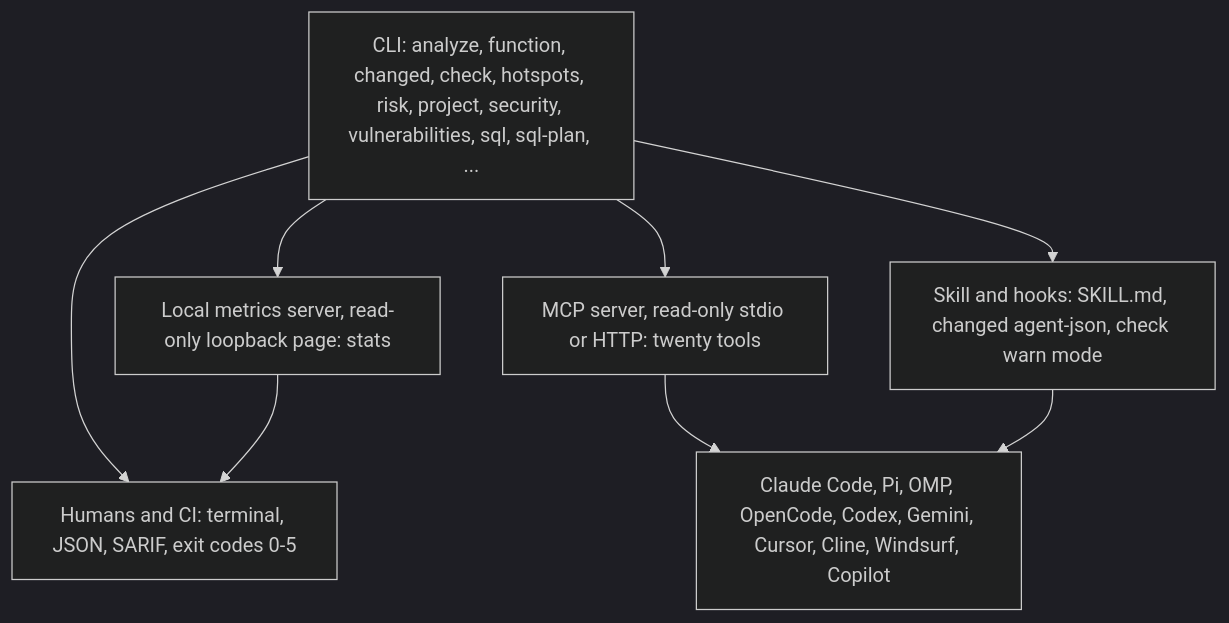
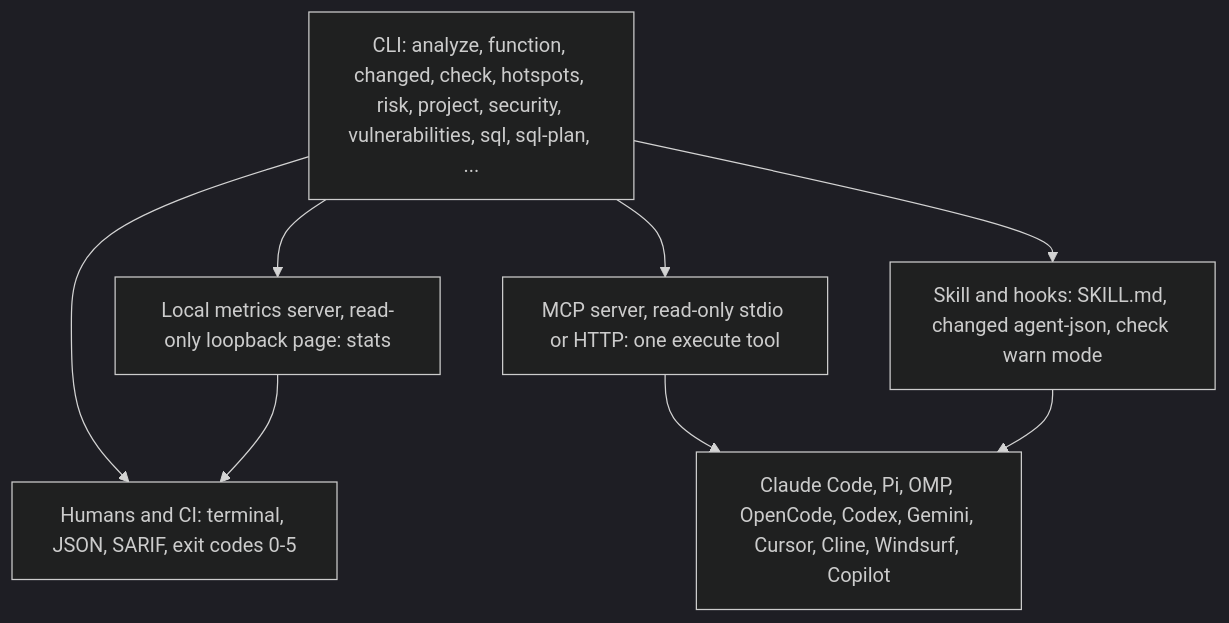
The second of 3 diagrams in README.md (jbt95/leadline), drawn with Mermaid (dark theme) before and after one commit. The commit also changed other lines of this file and 10 other files, not shown here.

````diff
--- a/README.md
+++ b/README.md
@@ -120,11 +172,11 @@
 ```mermaid
 flowchart TD
     CLI["CLI: analyze, function, changed, check, hotspots, risk, project, security, vulnerabilities, sql, sql-plan, ..."]
     CLI --> Human["Humans and CI: terminal, JSON, SARIF, exit codes 0-5"]
-    CLI --> MCP["MCP server, read-only stdio or HTTP: twenty tools"]
+    CLI --> MCP["MCP server, read-only stdio or HTTP: one execute tool"]
     MCP --> Harnesses["Claude Code, Pi, OMP, OpenCode, Codex, Gemini, Cursor, Cline, Windsurf, Copilot"]
     CLI --> Stats["Local metrics server, read-only loopback page: stats"]
     Stats --> Human
     CLI --> Skill["Skill and hooks: SKILL.md, changed agent-json, check warn mode"]
     Skill --> Harnesses
 ```
````
